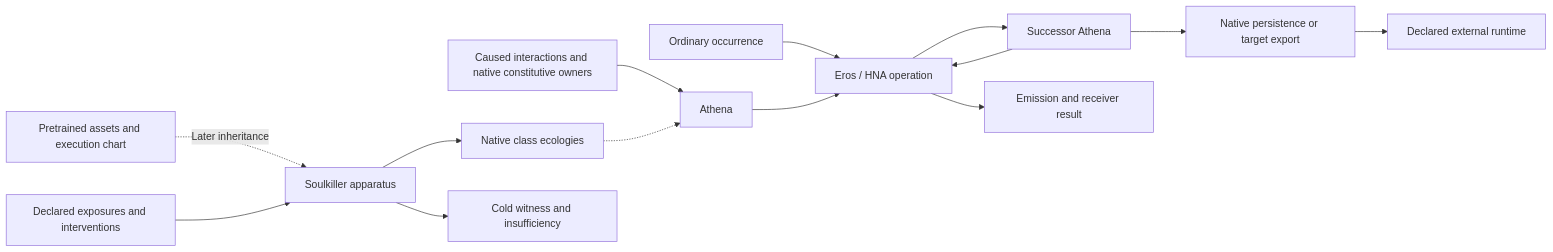
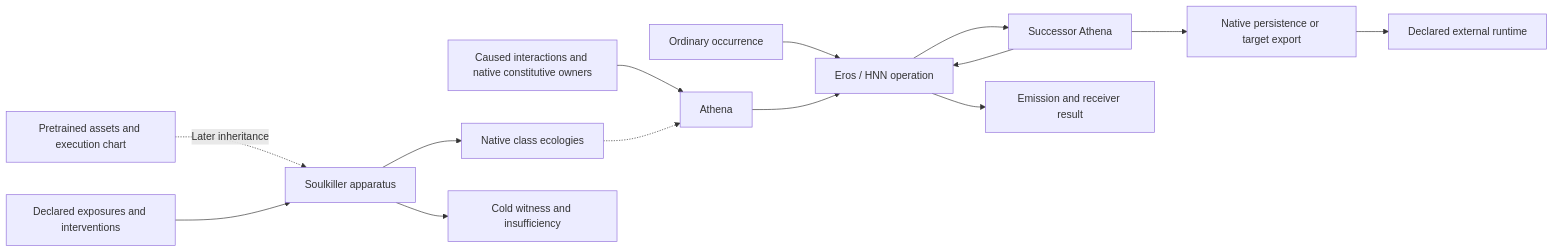
One commit to brandonrdug/holonics changed the diagram in docs/ARCHITECTURE.md. Above: the diagram before and after it, drawn with Mermaid. The commit also changed other lines of this file and 28 other files, not shown here.

````diff
--- a/docs/ARCHITECTURE.md
+++ b/docs/ARCHITECTURE.md
@@ -46,16 +47,16 @@
 ```mermaid
 flowchart LR
     C[Caused interactions and native constitutive owners] --> A[Athena]
     F[Pretrained assets and execution chart] -. Later inheritance .-> S[Soulkiller apparatus]
     X[Declared exposures and interventions] --> S
     S --> N[Native class ecologies]
     S --> W[Cold witness and insufficiency]
     N -.-> A
-    O[Ordinary occurrence] --> E[Eros / HNA operation]
+    O[Ordinary occurrence] --> E[Eros / HNN operation]
     A --> E
     E --> A2[Successor Athena]
     E --> R[Emission and receiver result]
     A2 --> E
     A2 --> P[Native persistence or target export]
     P --> T[Declared external runtime]
 ```
````
